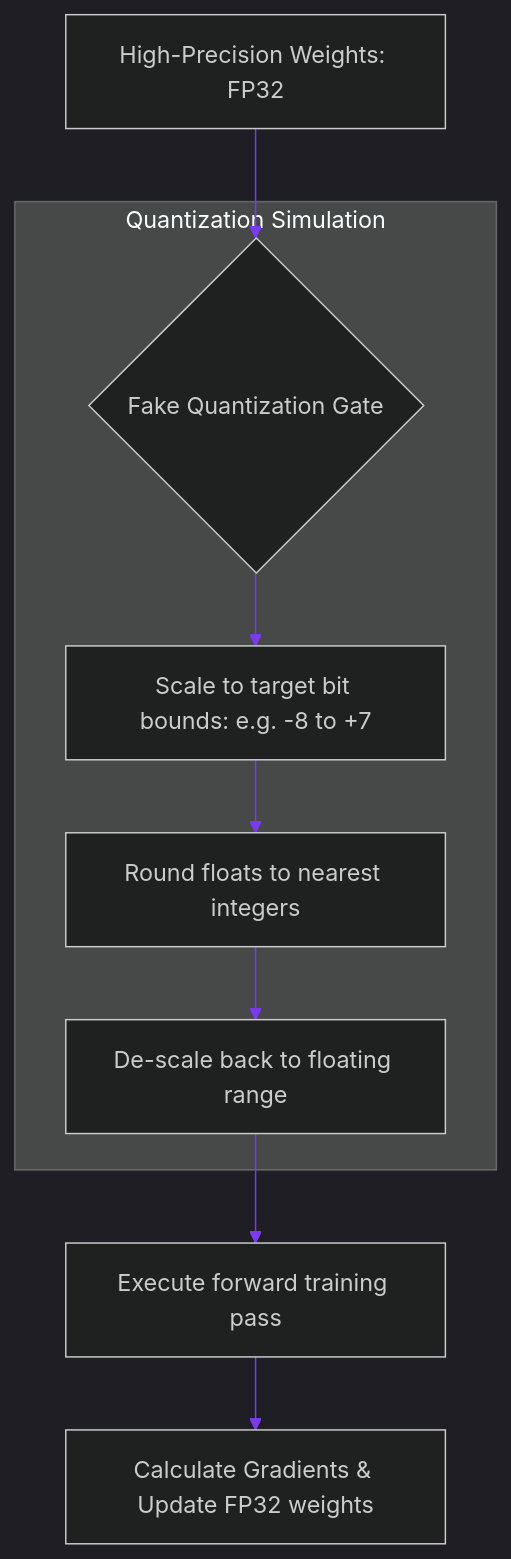
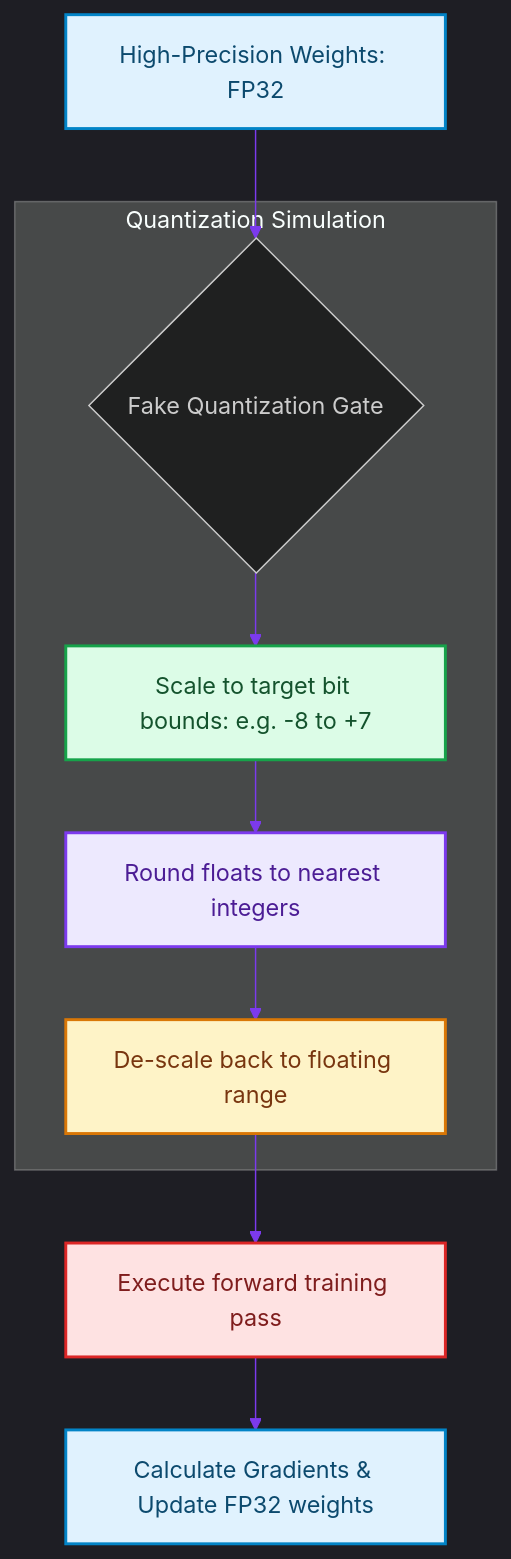
Before and after one commit to akmalkhaniub/akmalkhaniub.github.io: the diagram in blog/posts/slm-quantization-aware-training-precision-preservation.md, drawn with Mermaid. The commit also changed other lines of this file and 1291 other files, not shown here.

First line of the commit message:
feat(catalog): unique covers, scholarly references, and diagram palettes

````diff
--- a/blog/posts/slm-quantization-aware-training-precision-preservation.md
+++ b/blog/posts/slm-quantization-aware-training-precision-preservation.md
@@ -16,14 +16,25 @@
 ```mermaid
 %%{init: {'theme': 'dark', 'themeVariables': { 'primaryColor': '#7c3aed', 'primaryTextColor': '#f3f4f6', 'primaryBorderColor': '#a78bfa', 'lineColor': '#7c3aed', 'secondaryColor': '#111827', 'tertiaryColor': '#0b0f19'}}}%%
 flowchart TD
-    Weight[High-Precision Weights: FP32] --> FakeQuant{Fake Quantization Gate}
+    Weight["High-Precision Weights: FP32"] --> FakeQuant{Fake Quantization Gate}
     
     subgraph SG1_QuantizationSimulation ["Quantization Simulation"]
-        FakeQuant --> Scale[Scale to target bit bounds: e.g. -8 to +7]
-        Scale --> Round[Round floats to nearest integers]
-        Round --> DeScale[De-scale back to floating range]
+        FakeQuant --> Scale["Scale to target bit bounds: e.g. -8 to +7"]
+        Scale --> Round["Round floats to nearest integers"]
+        Round --> DeScale["De-scale back to floating range"]
     end
     
-    DeScale --> Forward[Execute forward training pass]
-    Forward --> Backprop[Calculate Gradients & Update FP32 weights]
+    DeScale --> Forward["Execute forward training pass"]
+    Forward --> Backprop["Calculate Gradients & Update FP32 weights"]
+
+classDef green fill:#dcfce7,stroke:#16a34a,stroke-width:2px,color:#14532d;
+classDef red fill:#fee2e2,stroke:#dc2626,stroke-width:2px,color:#7f1d1d;
+classDef blue fill:#e0f2fe,stroke:#0284c7,stroke-width:2px,color:#0c4a6e;
+classDef yellow fill:#fef3c7,stroke:#d97706,stroke-width:2px,color:#78350f;
+classDef purple fill:#ede9fe,stroke:#7c3aed,stroke-width:2px,color:#4c1d95;
+class Weight,Backprop blue
+class Scale green
+class Round purple
+class DeScale yellow
+class Forward red
 ```
````
